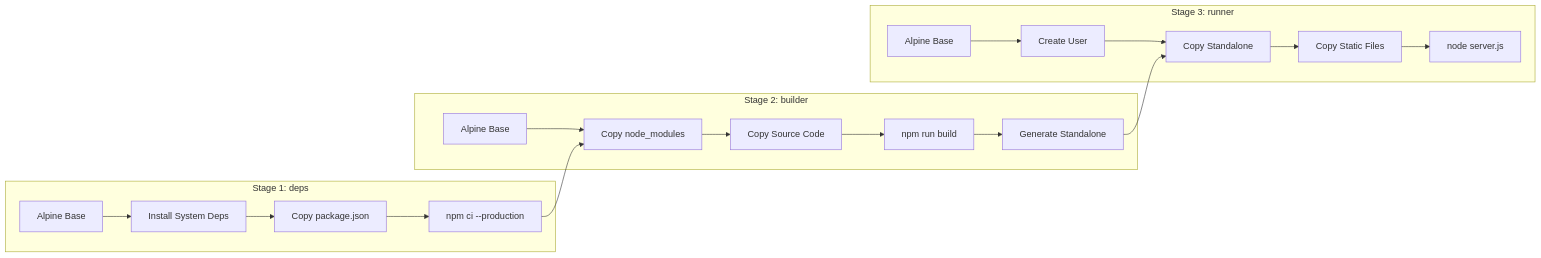
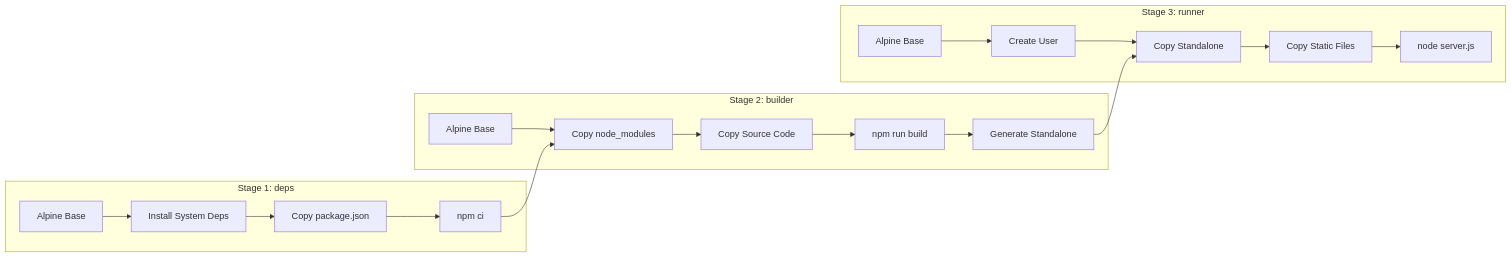
The second of 3 diagrams in posts/2026-01-24-nextjs-docker-configuration/README.md (OneUptime/blog), drawn with Mermaid before and after one commit. The commit also changed other lines of this file and 2 other files, not shown here.

````diff
--- a/posts/2026-01-24-nextjs-docker-configuration/README.md
+++ b/posts/2026-01-24-nextjs-docker-configuration/README.md
@@ -254,25 +257,25 @@
 ```mermaid
 flowchart LR
     subgraph Stage1["Stage 1: deps"]
         A1[Alpine Base] --> A2[Install System Deps]
         A2 --> A3[Copy package.json]
-        A3 --> A4[npm ci --production]
+        A3 --> A4[npm ci]
     end
 
     subgraph Stage2["Stage 2: builder"]
         B1[Alpine Base] --> B2[Copy node_modules]
         B2 --> B3[Copy Source Code]
         B3 --> B4[npm run build]
         B4 --> B5[Generate Standalone]
     end
 
     subgraph Stage3["Stage 3: runner"]
         C1[Alpine Base] --> C2[Create User]
         C2 --> C3[Copy Standalone]
         C3 --> C4[Copy Static Files]
         C4 --> C5[node server.js]
     end
 
     A4 --> B2
     B5 --> C3
 ```
````
